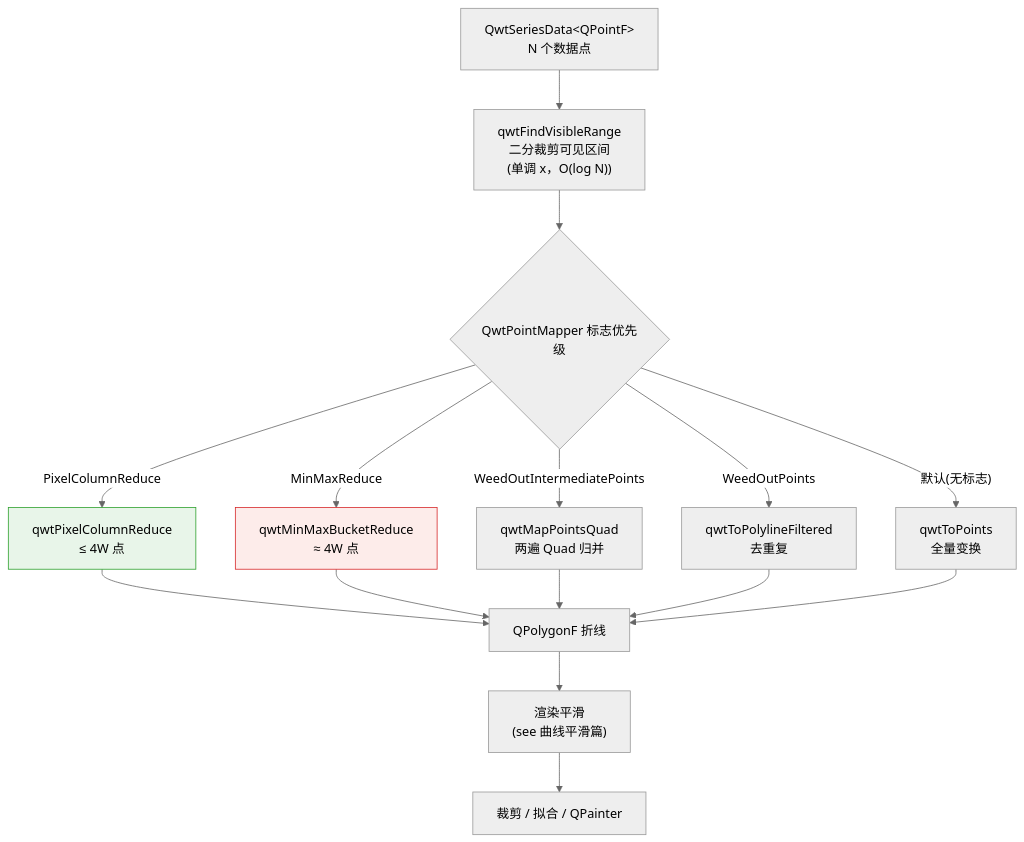
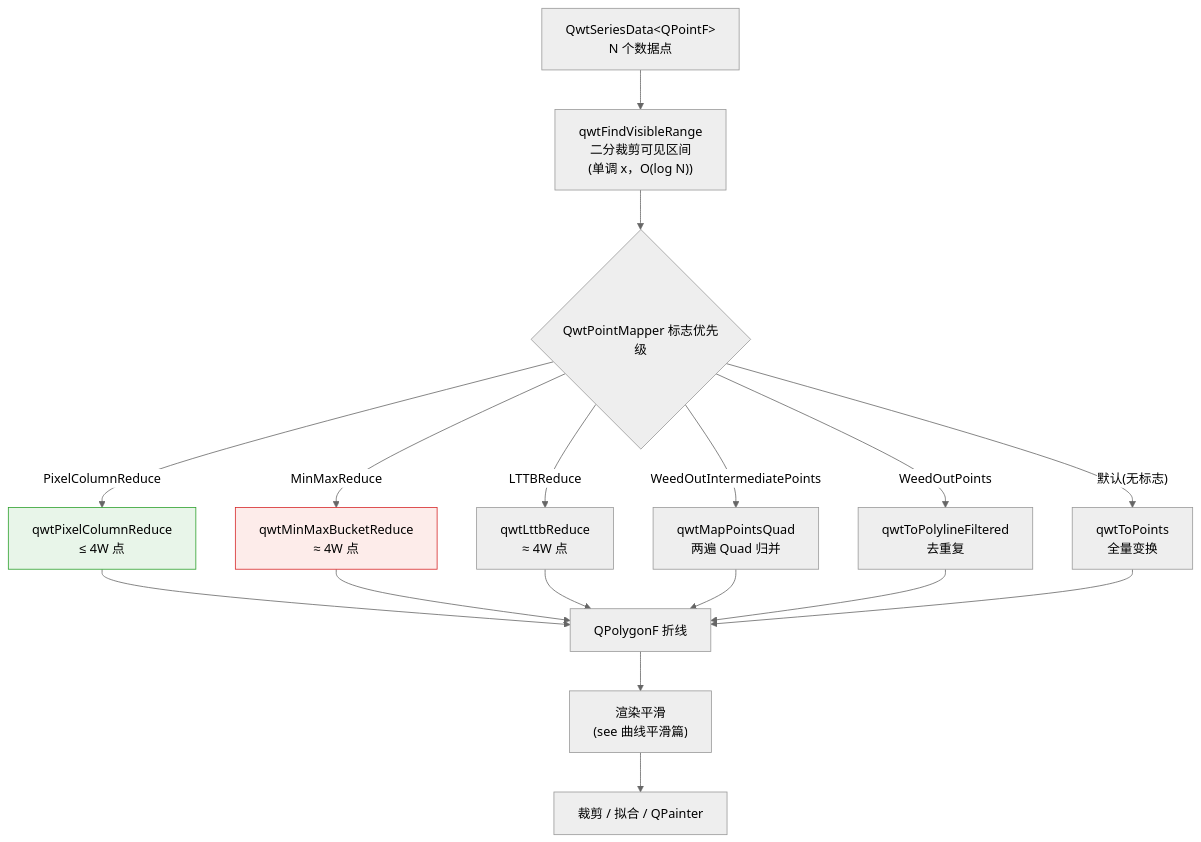
One commit to czyt1988/QWT changed the first of 3 diagrams in docs/zh/use-guide/curve-downsampling.md. Above: the diagram before and after it, drawn with Mermaid (neutral theme). The commit also changed other lines of this file and 7 other files, not shown here.

````diff
--- a/docs/zh/use-guide/curve-downsampling.md
+++ b/docs/zh/use-guide/curve-downsampling.md
@@ -281,20 +283,22 @@
 ```mermaid
 flowchart TB
     A["QwtSeriesData&lt;QPointF&gt;<br/>N 个数据点"] --> B["qwtFindVisibleRange<br/>二分裁剪可见区间<br/>(单调 x，O(log N))"]
     B --> C{"QwtPointMapper 标志优先级"}
     C -->|"PixelColumnReduce"| D["qwtPixelColumnReduce<br/>≤ 4W 点"]
     C -->|"MinMaxReduce"| E["qwtMinMaxBucketReduce<br/>≈ 4W 点"]
+    C -->|"LTTBReduce"| E2["qwtLttbReduce<br/>≈ 4W 点"]
     C -->|"WeedOutIntermediatePoints"| F["qwtMapPointsQuad<br/>两遍 Quad 归并"]
     C -->|"WeedOutPoints"| G["qwtToPolylineFiltered<br/>去重复"]
     C -->|"默认(无标志)"| H["qwtToPoints<br/>全量变换"]
     D --> I["QPolygonF 折线"]
     E --> I
+    E2 --> I
     F --> I
     G --> I
     H --> I
     I --> J["渲染平滑<br/>(see 曲线平滑篇)"]
     J --> K["裁剪 / 拟合 / QPainter"]
 
     style E fill:#fdecea,stroke:#d62728
     style D fill:#e8f5e9,stroke:#2ca02c
 ```
````
